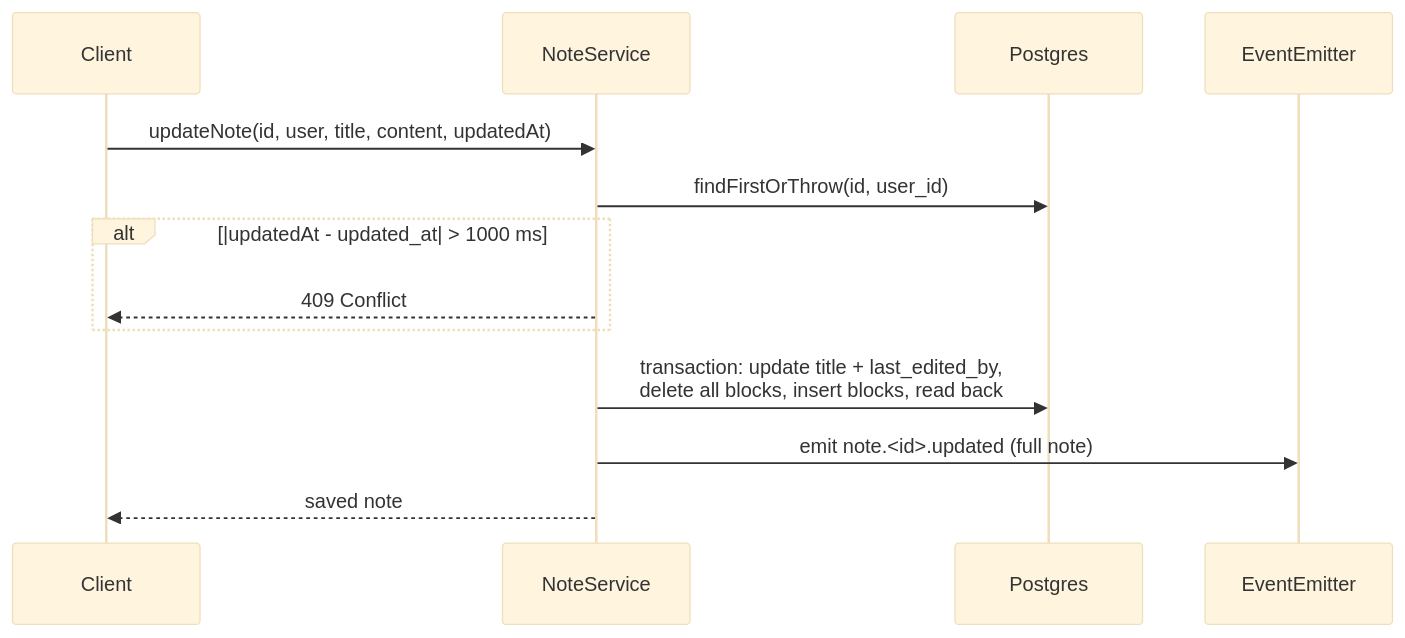
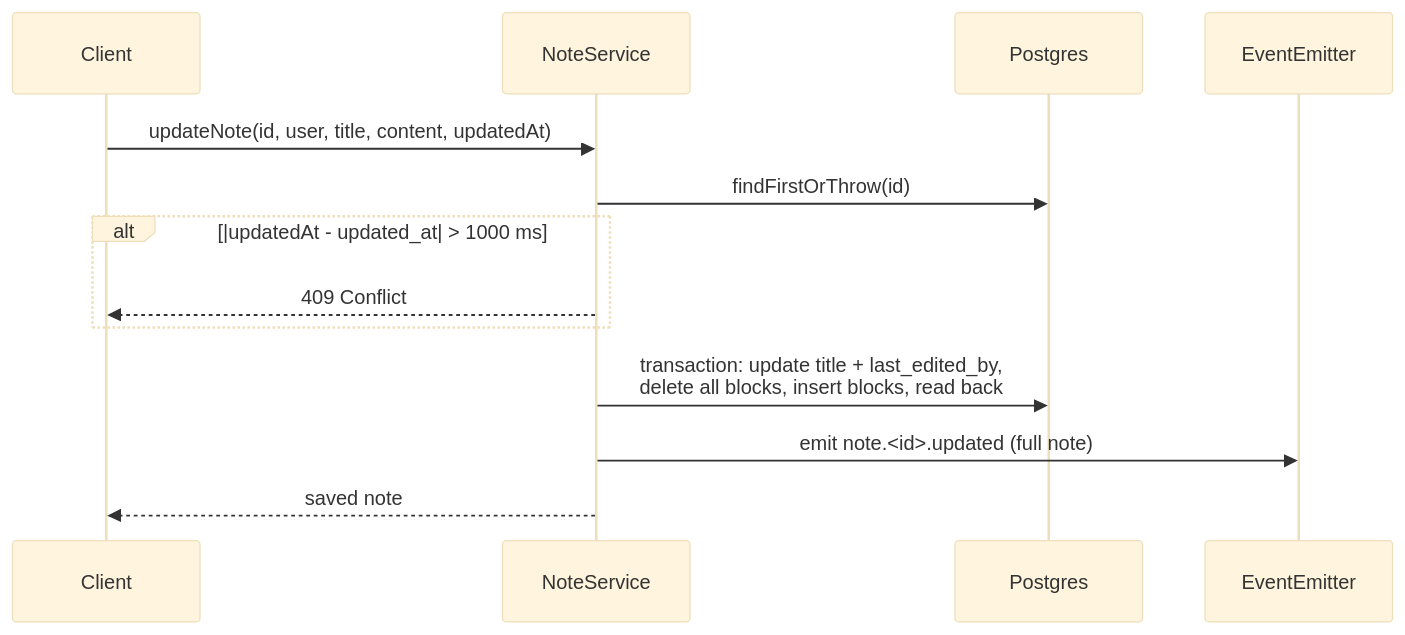
The diagram in wiki/modules/notes.md (anandakelvin/mini-notion), drawn with Mermaid (base theme) before and after one commit. The commit also changed other lines of this file and 11 other files, not shown here.

````diff
--- a/wiki/modules/notes.md
+++ b/wiki/modules/notes.md
@@ -36,15 +37,15 @@
 ```mermaid
 sequenceDiagram
   participant C as Client
   participant S as NoteService
   participant DB as Postgres
   participant E as EventEmitter
   C->>S: updateNote(id, user, title, content, updatedAt)
-  S->>DB: findFirstOrThrow(id, user_id)
+  S->>DB: findFirstOrThrow(id)
   alt |updatedAt - updated_at| > 1000 ms
     S-->>C: 409 Conflict
   end
   S->>DB: transaction: update title + last_edited_by,<br/>delete all blocks, insert blocks, read back
   S->>E: emit note.<id>.updated (full note)
   S-->>C: saved note
 ```
````
